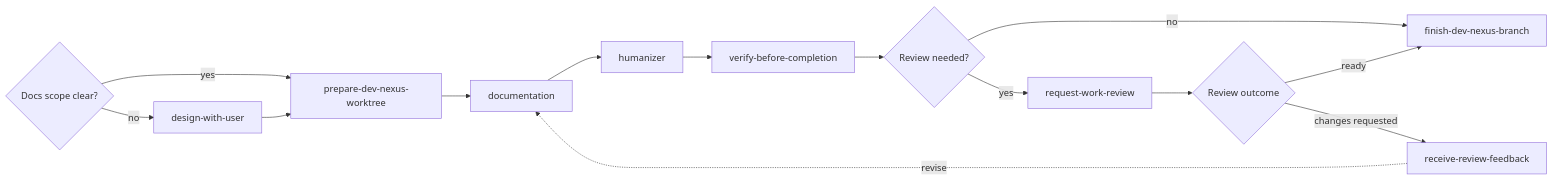
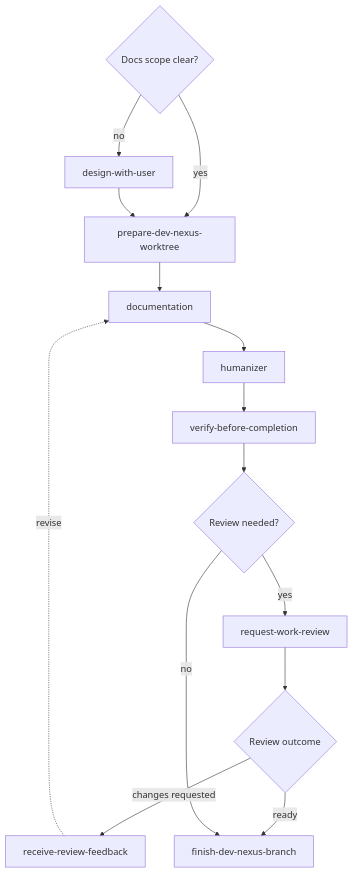
Before and after one commit to Evref-BL/DevNexus: the seventh of 8 diagrams in docs/user/skill-chains.md, drawn with Mermaid. The commit also changed other lines of this file and 4 other files, not shown here.

````diff
--- a/docs/user/skill-chains.md
+++ b/docs/user/skill-chains.md
@@ -111,17 +153,17 @@
 ```mermaid
-flowchart LR
+flowchart TD
   A{"Docs scope clear?"}
   A -->|"no"| B["design-with-user"]
   A -->|"yes"| C["prepare-dev-nexus-worktree"]
   B --> C
   C --> D["documentation"]
   D --> E["humanizer"]
   E --> F["verify-before-completion"]
   F --> G{"Review needed?"}
-  G -->|"no"| K["finish-dev-nexus-branch"]
   G -->|"yes"| H["request-work-review"]
   H --> I{"Review outcome"}
-  I -->|"ready"| K["finish-dev-nexus-branch"]
   I -->|"changes requested"| J["receive-review-feedback"]
   J -. revise .-> D
+  I -->|"ready"| K["finish-dev-nexus-branch"]
+  G -->|"no"| K
 ```
````
